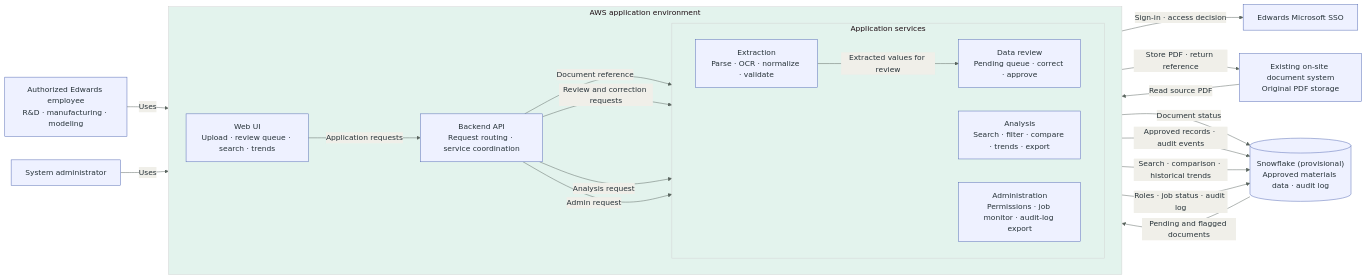
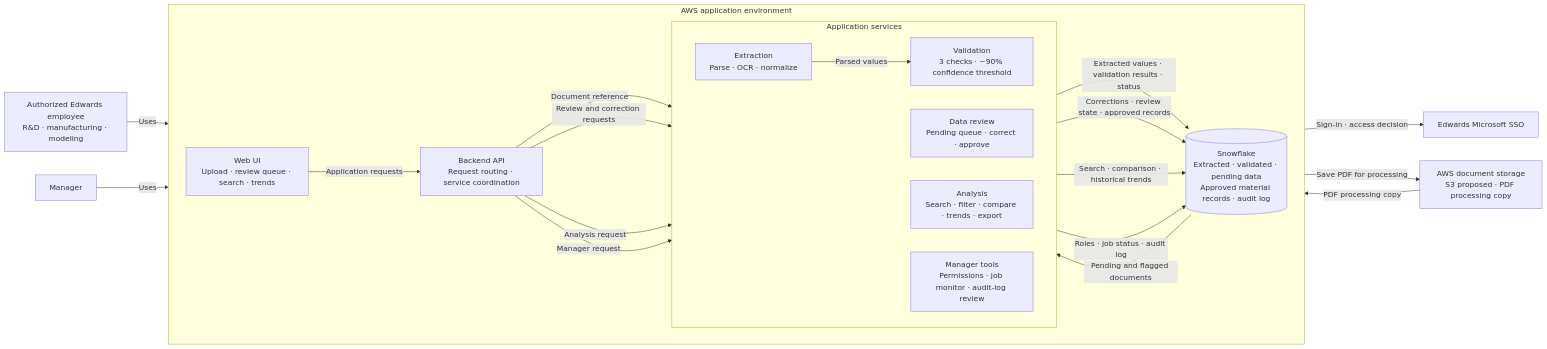
Before and after one commit to CPSC490-Team-Proj/CPSC490-G07-MightyMorphin: the diagram in docs/design/system-architecture-diagram.md, drawn with Mermaid. The commit also changed other lines of this file and 2 other files, not shown here.

Commit message:
Align architecture with team decisions
Closes #118

````diff
--- a/docs/design/system-architecture-diagram.md
+++ b/docs/design/system-architecture-diagram.md
@@ -8,40 +8,40 @@
 ```mermaid
-%%{init: {"theme": "base", "themeVariables": {"background": "#ffffff", "primaryColor": "#eef1ff", "primaryTextColor": "#263238", "primaryBorderColor": "#5268b3", "lineColor": "#59645e", "secondaryColor": "#f0efe9", "tertiaryColor": "#e3f3ed"}}}%%
 flowchart LR
     user["Authorized Edwards employee<br/>R&amp;D · manufacturing · modeling"]
-    admin["System administrator"]
+    manager["Manager"]
 
     subgraph aws["AWS application environment"]
         direction LR
         ui["Web UI<br/>Upload · review queue · search · trends"]
         api["Backend API<br/>Request routing · service coordination"]
         subgraph services["Application services"]
             direction LR
-            extraction["Extraction<br/>Parse · OCR · normalize · validate"]
+            extraction["Extraction<br/>Parse · OCR · normalize"]
+            validation["Validation<br/>3 checks · ~90% confidence threshold"]
             review["Data review<br/>Pending queue · correct · approve"]
             analysis["Analysis<br/>Search · filter · compare · trends · export"]
-            adminsvc["Administration<br/>Permissions · job monitor · audit-log export"]
+            managersvc["Manager tools<br/>Permissions · job monitor · audit-log review"]
         end
         ui -->|Application requests| api
         api -->|Document reference| extraction
         api -->|Review and correction requests| review
         api -->|Analysis request| analysis
-        api -->|Admin request| adminsvc
-        extraction -->|Extracted values for review| review
+        api -->|Manager request| managersvc
+        extraction -->|Parsed values| validation
+        validation -->|Extracted values · validation results · status| snowflake
     end
 
     sso["Edwards Microsoft SSO"]
-    onsite["Existing on-site document system<br/>Original PDF storage"]
-    snowflake[("Snowflake (provisional)<br/>Approved materials data · audit log")]
+    s3["AWS document storage<br/>S3 proposed · PDF processing copy"]
+    snowflake[("Snowflake<br/>Extracted · validated · pending data<br/>Approved material records · audit log")]
 
     user -->|Uses| ui
-    admin -->|Uses| ui
+    manager -->|Uses| ui
     ui -->|Sign-in · access decision| sso
-    api -->|Store PDF · return reference| onsite
-    onsite -->|Read source PDF| extraction
-    extraction -->|Document status| snowflake
+    api -->|Save PDF for processing| s3
+    s3 -->|PDF processing copy| extraction
     snowflake -->|Pending and flagged documents| review
-    review -->|Approved records · audit events| snowflake
+    review -->|Corrections · review state · approved records| snowflake
     analysis -->|Search · comparison · historical trends| snowflake
-    adminsvc -->|Roles · job status · audit log| snowflake
+    managersvc -->|Roles · job status · audit log| snowflake
 ```
````
